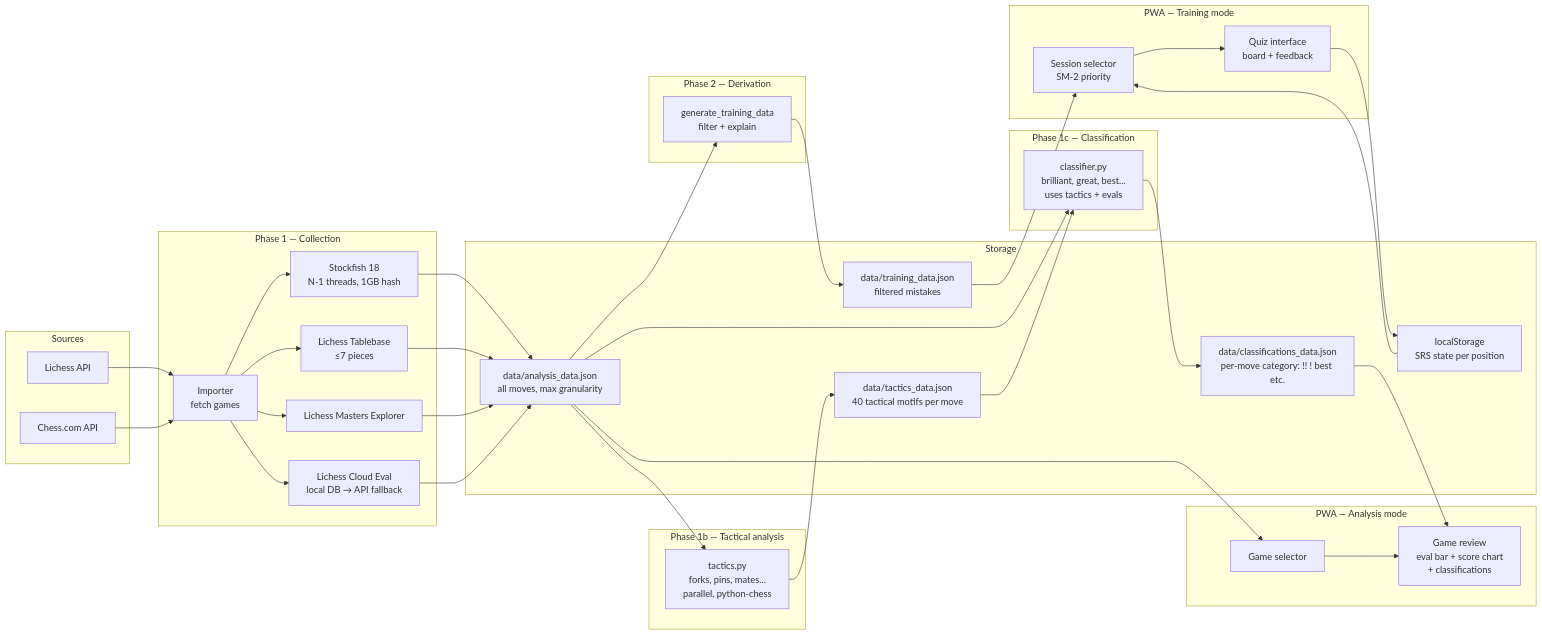
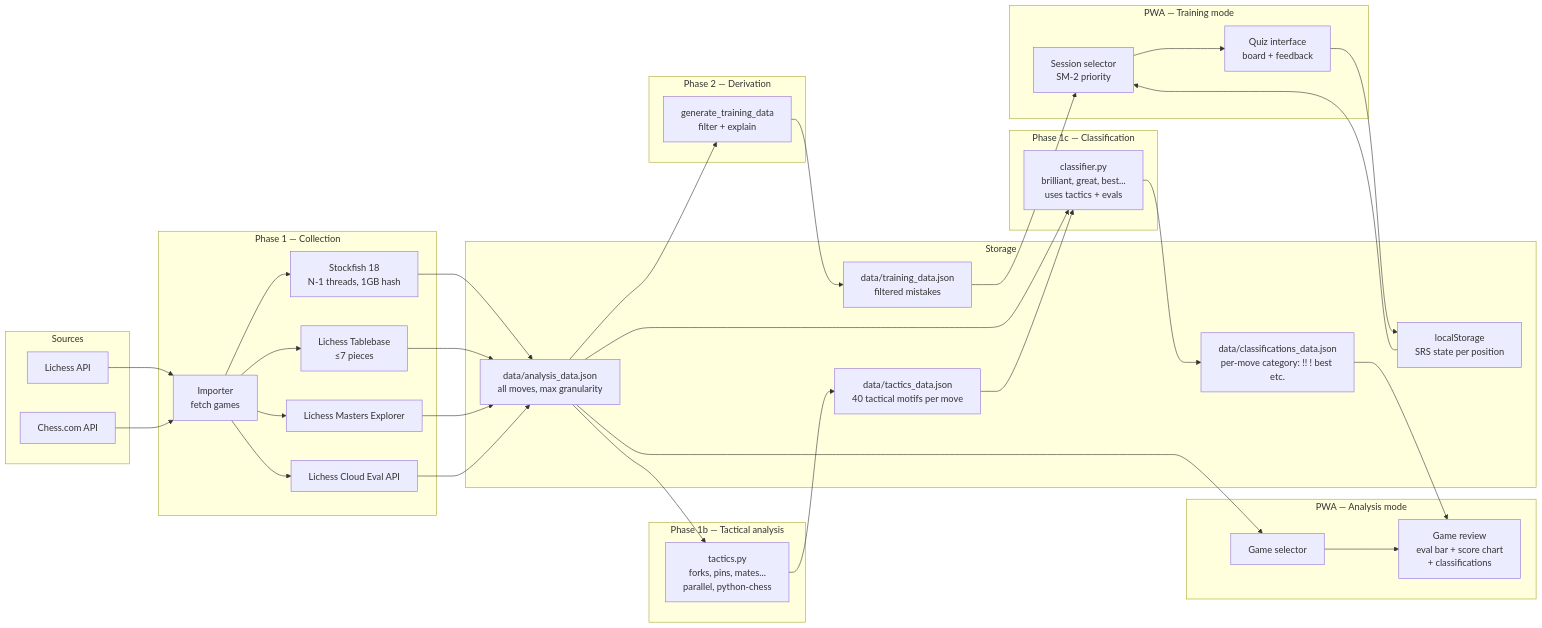
Before and after one commit to Bobain/chess-self-coach: the first of 2 diagrams in docs/flows/data-flows.md, drawn with Mermaid. The commit also changed 17 other files, not shown here.

````diff
--- a/docs/flows/data-flows.md
+++ b/docs/flows/data-flows.md
@@ -11,70 +11,70 @@
 ```mermaid
 flowchart LR
     subgraph Sources
         LI[Lichess API]
         CC[Chess.com API]
     end
 
     subgraph "Phase 1 — Collection"
         IMP[Importer<br/>fetch games]
         SF[Stockfish 18<br/>N-1 threads, 1GB hash]
         TB[Lichess Tablebase<br/>≤7 pieces]
         OE[Lichess Masters Explorer]
-        CE[Lichess Cloud Eval<br/>local DB → API fallback]
+        CE[Lichess Cloud Eval API]
     end
 
     subgraph Storage
         AD[data/analysis_data.json<br/>all moves, max granularity]
         TAC[data/tactics_data.json<br/>40 tactical motifs per move]
         CLS[data/classifications_data.json<br/>per-move category: !! ! best etc.]
         TD[data/training_data.json<br/>filtered mistakes]
         LS[localStorage<br/>SRS state per position]
     end
 
     subgraph "Phase 1b — Tactical analysis"
         TACT[tactics.py<br/>forks, pins, mates...<br/>parallel, python-chess]
     end
 
     subgraph "Phase 1c — Classification"
         CLASS[classifier.py<br/>brilliant, great, best...<br/>uses tactics + evals]
     end
 
     subgraph "Phase 2 — Derivation"
         DER[generate_training_data<br/>filter + explain]
     end
 
     subgraph "PWA — Training mode"
         SEL[Session selector<br/>SM-2 priority]
         QUIZ[Quiz interface<br/>board + feedback]
     end
 
     subgraph "PWA — Analysis mode"
         GSEL[Game selector]
         REV[Game review<br/>eval bar + score chart<br/>+ classifications]
     end
 
     LI --> IMP
     CC --> IMP
     IMP --> SF
     IMP --> TB
     IMP --> OE
     IMP --> CE
     SF --> AD
     TB --> AD
     OE --> AD
     CE --> AD
     AD --> TACT
     TACT --> TAC
     AD --> CLASS
     TAC --> CLASS
     CLASS --> CLS
     AD --> DER
     DER --> TD
     TD --> SEL
     LS --> SEL
     SEL --> QUIZ
     QUIZ --> LS
     AD --> GSEL
     CLS --> REV
     GSEL --> REV
 ```
````
